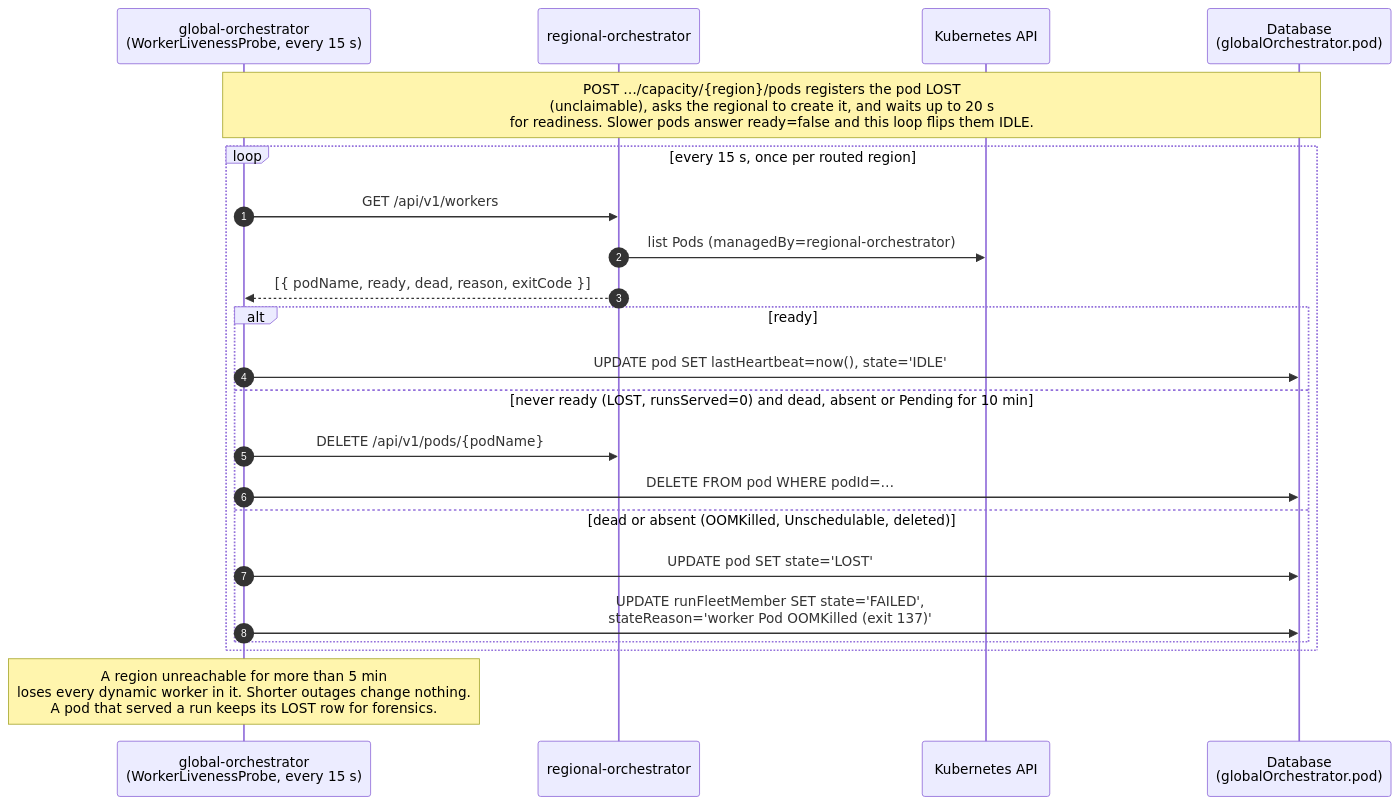
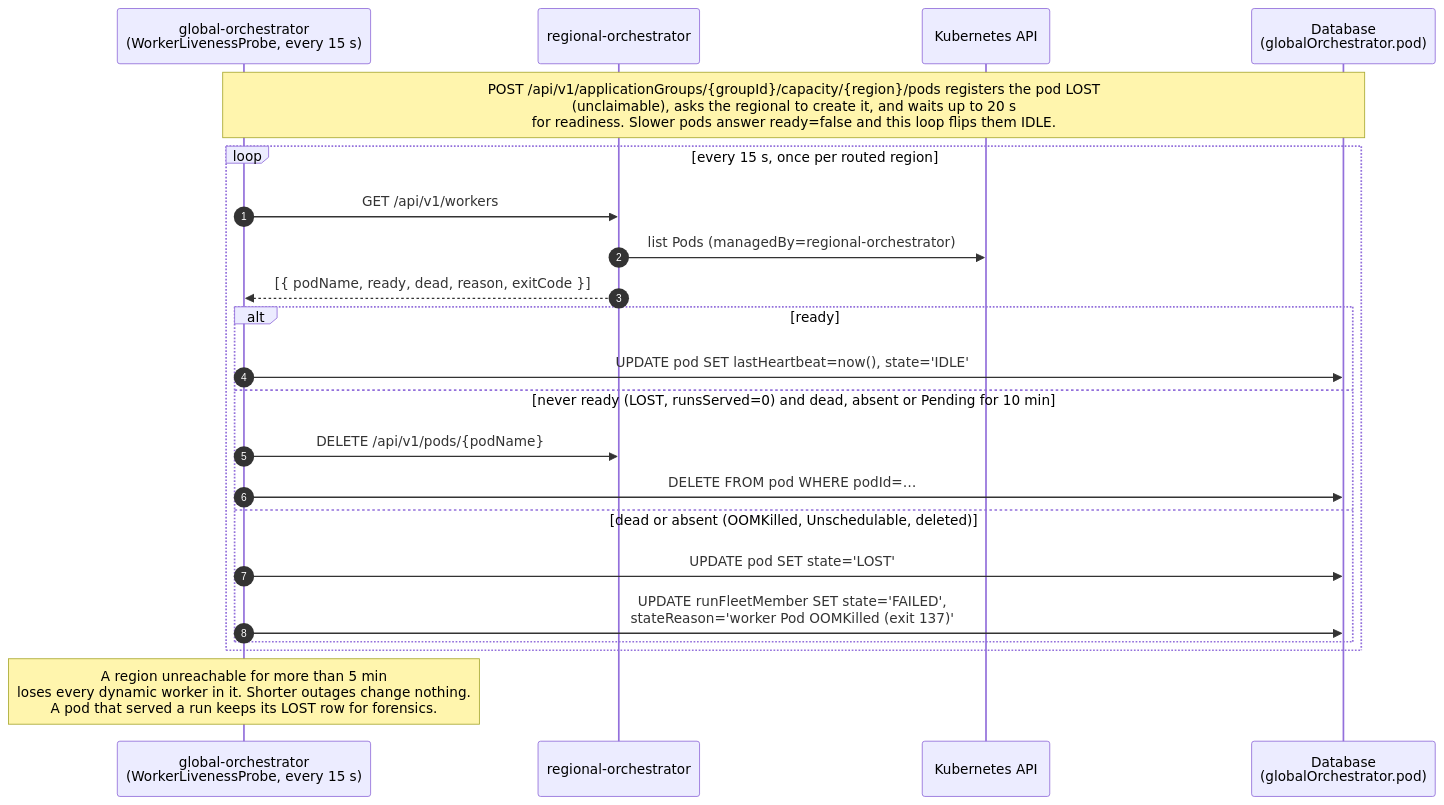
The second of 6 diagrams in docs/flowDiagrams.md (sharmakunal23/jmeter-cloud), drawn with Mermaid before and after one commit. The commit also changed other lines of this file and 125 other files, not shown here.

First line of the commit message:
GROUP-CAPACITY: the application group owns the worker pool and its policy

````diff
--- a/docs/flowDiagrams.md
+++ b/docs/flowDiagrams.md
@@ -85,26 +85,26 @@
 ```mermaid
 sequenceDiagram
     autonumber
     participant GO as global-orchestrator<br/>(WorkerLivenessProbe, every 15 s)
     participant RO as regional-orchestrator
     participant K8 as Kubernetes API
     participant PG as Database<br/>(globalOrchestrator.pod)
 
-    Note over GO,PG: POST …/capacity/{region}/pods registers the pod LOST<br/>(unclaimable), asks the regional to create it, and waits up to 20 s<br/>for readiness. Slower pods answer ready=false and this loop flips them IDLE.
+    Note over GO,PG: POST /api/v1/applicationGroups/{groupId}/capacity/{region}/pods registers the pod LOST<br/>(unclaimable), asks the regional to create it, and waits up to 20 s<br/>for readiness. Slower pods answer ready=false and this loop flips them IDLE.
 
     loop every 15 s, once per routed region
         GO->>RO: GET /api/v1/workers
         RO->>K8: list Pods (managedBy=regional-orchestrator)
         RO-->>GO: [{ podName, ready, dead, reason, exitCode }]
         alt ready
             GO->>PG: UPDATE pod SET lastHeartbeat=now(), state='IDLE'
         else never ready (LOST, runsServed=0) and dead, absent or Pending for 10 min
             GO->>RO: DELETE /api/v1/pods/{podName}
             GO->>PG: DELETE FROM pod WHERE podId=…
         else dead or absent (OOMKilled, Unschedulable, deleted)
             GO->>PG: UPDATE pod SET state='LOST'
             GO->>PG: UPDATE runFleetMember SET state='FAILED',<br/>stateReason='worker Pod OOMKilled (exit 137)'
         end
     end
     Note over GO: A region unreachable for more than 5 min<br/>loses every dynamic worker in it. Shorter outages change nothing.<br/>A pod that served a run keeps its LOST row for forensics.
 ```
````
